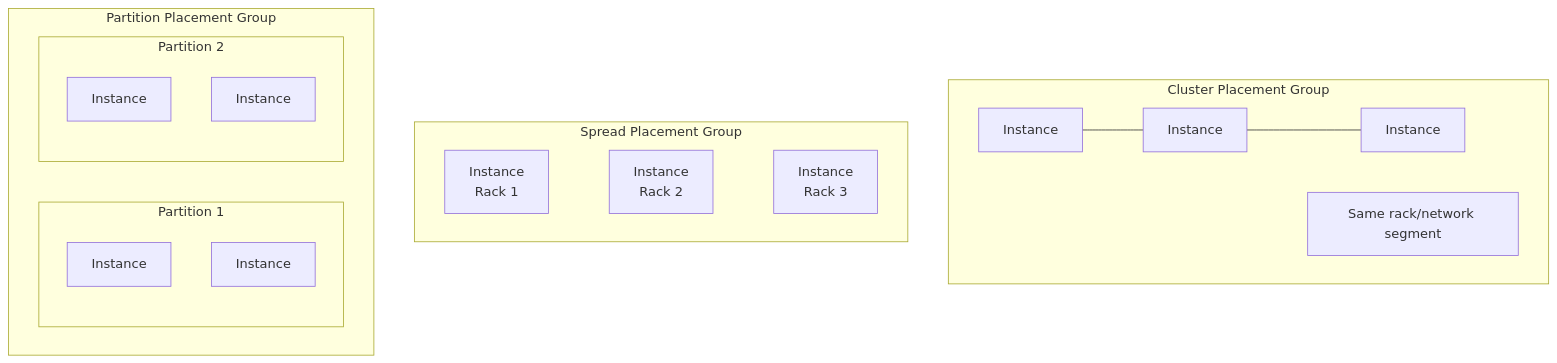
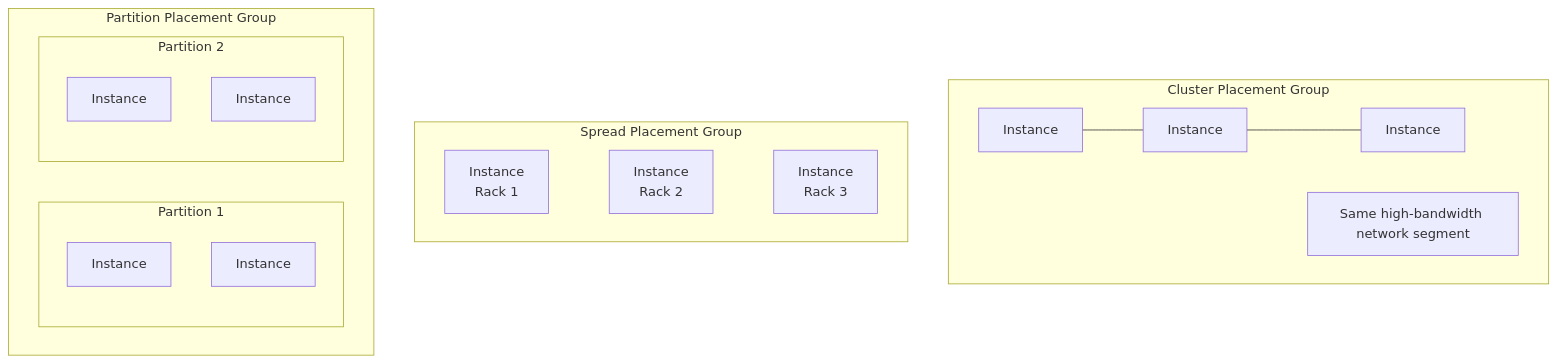
Before and after one commit to OneUptime/blog: the diagram in posts/2026-02-12-ec2-placement-groups-low-latency/README.md, drawn with Mermaid. The commit also changed other lines of this file and 2 other files, not shown here.

````diff
--- a/posts/2026-02-12-ec2-placement-groups-low-latency/README.md
+++ b/posts/2026-02-12-ec2-placement-groups-low-latency/README.md
@@ -27,23 +27,23 @@
 ```mermaid
 graph TB
     subgraph "Cluster Placement Group"
         direction LR
         A1[Instance] --- A2[Instance] --- A3[Instance]
-        A4[Same rack/network segment]
+        A4[Same high-bandwidth network segment]
     end
 
     subgraph "Spread Placement Group"
         B1[Instance<br>Rack 1] ~~~ B2[Instance<br>Rack 2] ~~~ B3[Instance<br>Rack 3]
     end
 
     subgraph "Partition Placement Group"
         subgraph P1[Partition 1]
             C1[Instance]
             C2[Instance]
         end
         subgraph P2[Partition 2]
             C3[Instance]
             C4[Instance]
         end
     end
 ```
````
